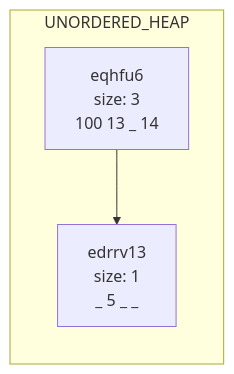
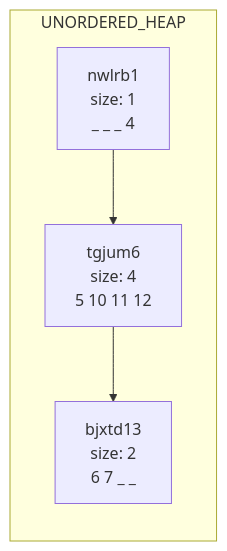
The second of 2 diagrams in data/chart.md (shiridikumar/phase1_dup), drawn with Mermaid before and after one commit. The commit also changed other lines of this file and 32 other files, not shown here.

````diff
--- a/data/chart.md
+++ b/data/chart.md
@@ -11,8 +13,10 @@
 ```mermaid
 graph LR
 subgraph UNORDERED_HEAP
-eqhfu6[eqhfu6<br/>size: 3<br/>100 13 _ 14 ]
-edrrv13[edrrv13<br/>size: 1<br/>_ 5 _ _ ]
-eqhfu6-->edrrv13
+nwlrb1[nwlrb1<br/>size: 1<br/>_ _ _ 4 ]
+tgjum6[tgjum6<br/>size: 4<br/>5 10 11 12 ]
+nwlrb1-->tgjum6
+bjxtd13[bjxtd13<br/>size: 2<br/>6 7 _ _ ]
+tgjum6-->bjxtd13
 end
 ```
````
